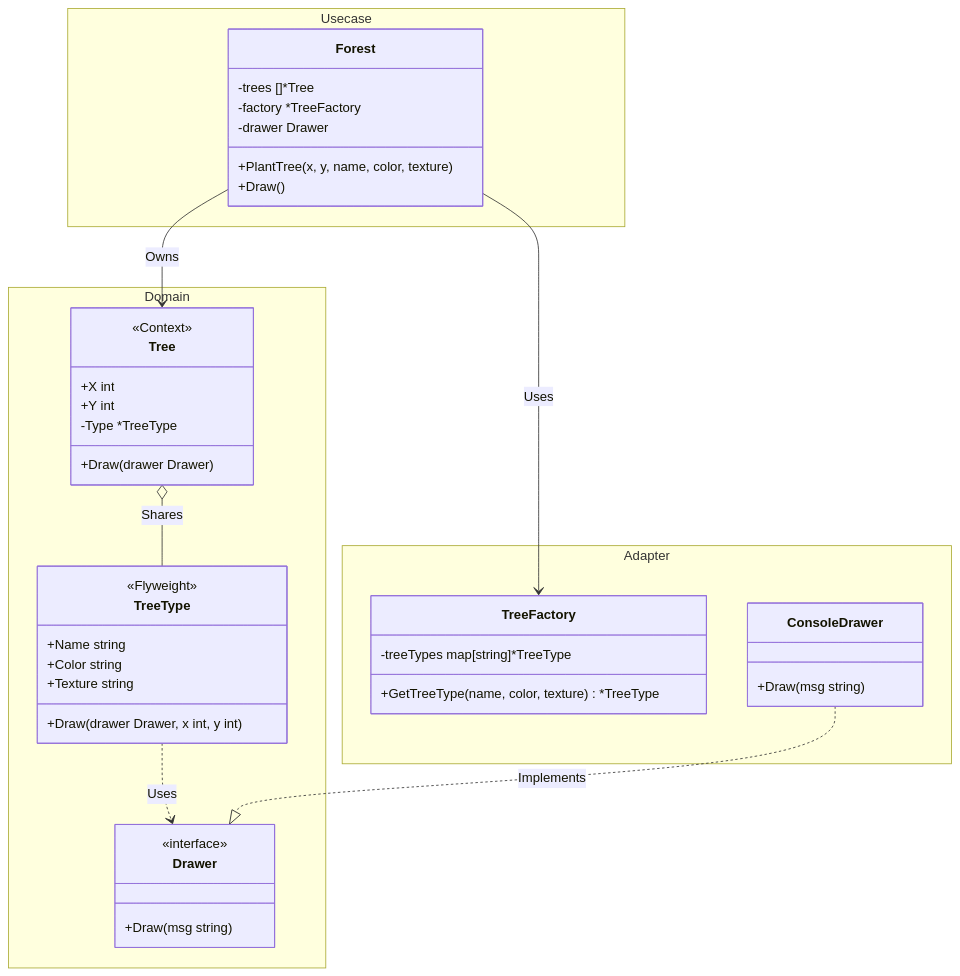
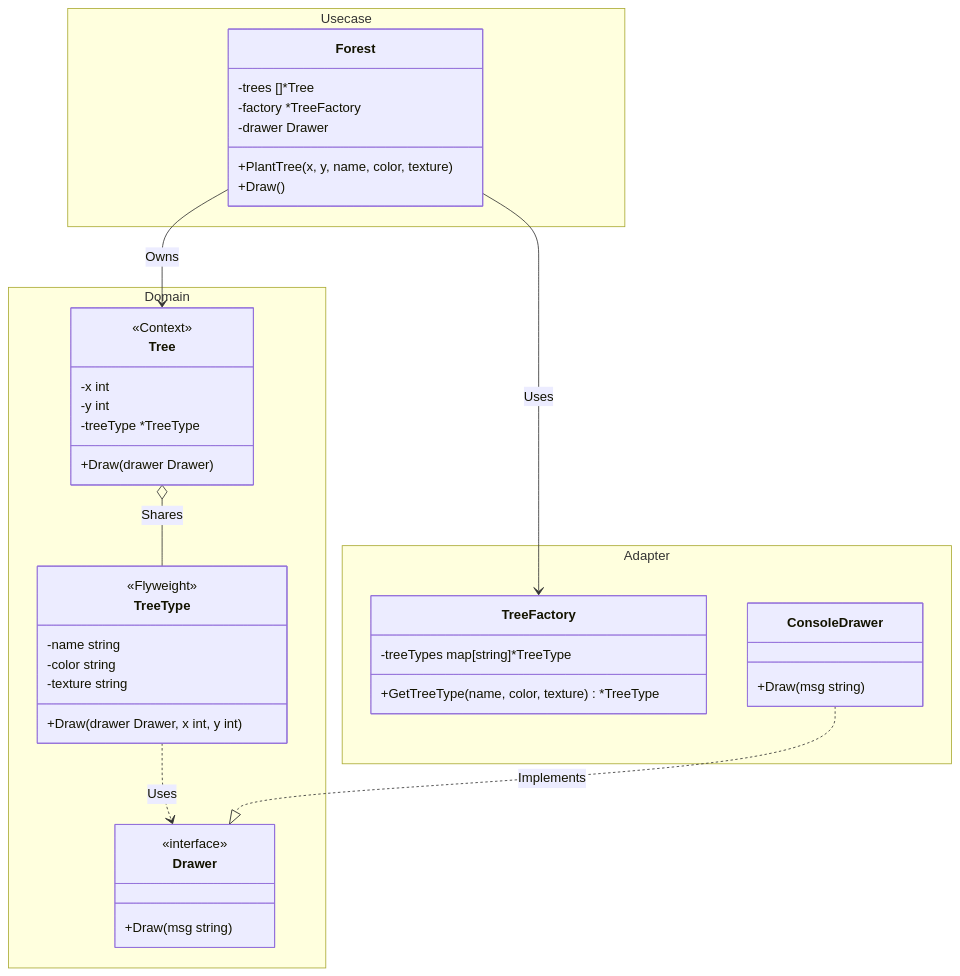
One commit to sokoide/design-patterns changed the diagram in flyweight-example/README.md. Above: the diagram before and after it, drawn with Mermaid. The commit also changed other lines of this file and 48 other files, not shown here.

````diff
--- a/flyweight-example/README.md
+++ b/flyweight-example/README.md
@@ -28,52 +28,52 @@
 ```mermaid
 classDiagram
     direction TB
 
     namespace Domain {
         class TreeType {
             <<Flyweight>>
-            +Name string
-            +Color string
-            +Texture string
+            -name string
+            -color string
+            -texture string
             +Draw(drawer Drawer, x int, y int)
         }
         class Tree {
             <<Context>>
-            +X int
-            +Y int
-            -Type *TreeType
+            -x int
+            -y int
+            -treeType *TreeType
             +Draw(drawer Drawer)
         }
         class Drawer {
             <<interface>>
             +Draw(msg string)
         }
     }
 
     namespace Usecase {
         class Forest {
             -trees []*Tree
             -factory *TreeFactory
             -drawer Drawer
             +PlantTree(x, y, name, color, texture)
             +Draw()
         }
     }
 
     namespace Adapter {
         class TreeFactory {
             -treeTypes map[string]*TreeType
             +GetTreeType(name, color, texture) *TreeType
         }
         class ConsoleDrawer {
             +Draw(msg string)
         }
     }
 
     %% Relationships
     Forest --> TreeFactory : Uses
     Forest --> Tree : Owns
     Tree o-- TreeType : Shares
     TreeType ..> Drawer : Uses
     ConsoleDrawer ..|> Drawer : Implements
 ```
````
